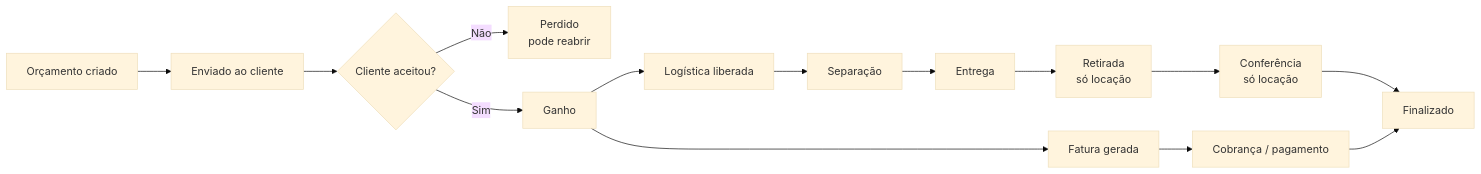
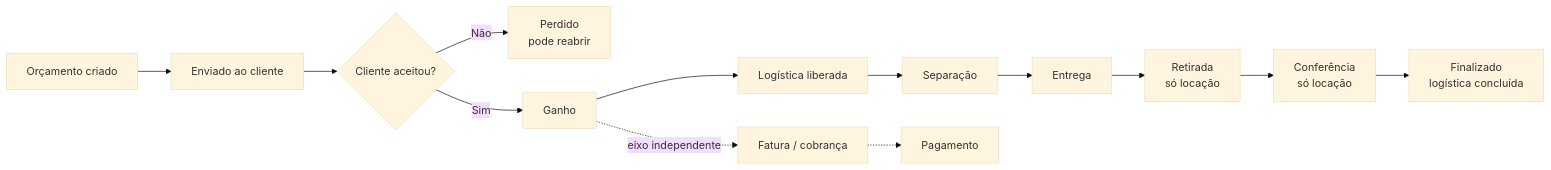
The first of 3 diagrams in conceitos/ciclo-de-um-pedido.md (LocFlowTeam/locflow-docs), drawn with Mermaid (base theme) before and after one commit. The commit also changed other lines of this file and 2 other files, not shown here.

Commit message:
docs: logística e cobrança são eixos independentes — Finalizado é só da logística (#141)
O diagrama do ciclo mostrava a cobrança/pagamento CONVERGINDO para Finalizado (PG --> FIM),
sugerindo que o financeiro fecha junto com a operação. Corrige: Finalizado é o fim da
LOGÍSTICA; a cobrança corre em trilha independente (pontilhada) e pode ser gerada/recebida
antes, durante ou depois de finalizar. Reforça nos hints das páginas de funil e de emissão
de cobrança que você nunca fica sem como faturar um pedido já entregue/finalizado.

````diff
--- a/conceitos/ciclo-de-um-pedido.md
+++ b/conceitos/ciclo-de-um-pedido.md
@@ -16,14 +16,13 @@
 ```mermaid
 flowchart LR
     A[Orçamento criado] --> B[Enviado ao cliente]
     B --> C{Cliente aceitou?}
     C -->|Não| P[Perdido<br/>pode reabrir]
     C -->|Sim| G[Ganho]
-    G --> F[Fatura gerada]
     G --> L[Logística liberada]
-    F --> PG[Cobrança / pagamento]
     L --> S[Separação] --> E[Entrega]
     E --> R[Retirada<br/>só locação] --> CF[Conferência<br/>só locação]
-    CF --> FIM[Finalizado]
-    PG --> FIM
+    CF --> FIM[Finalizado<br/>logística concluída]
+    G -.->|eixo independente| F[Fatura / cobrança]
+    F -.-> PG[Pagamento]
 ```
````
